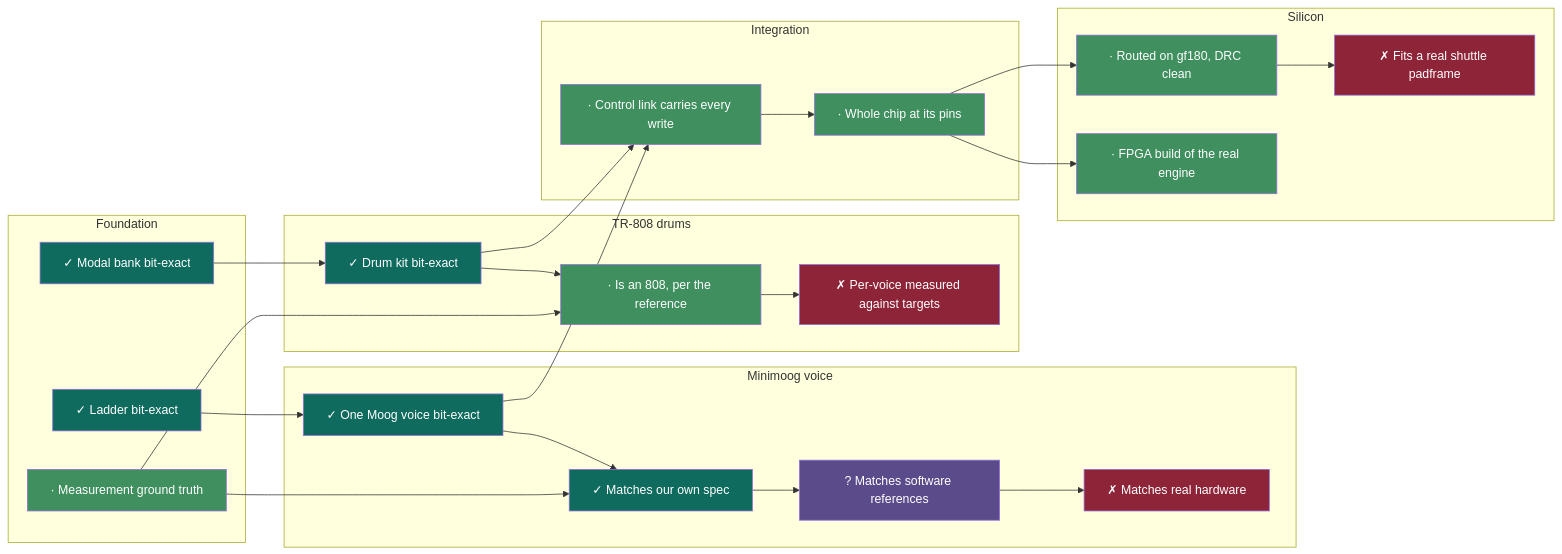
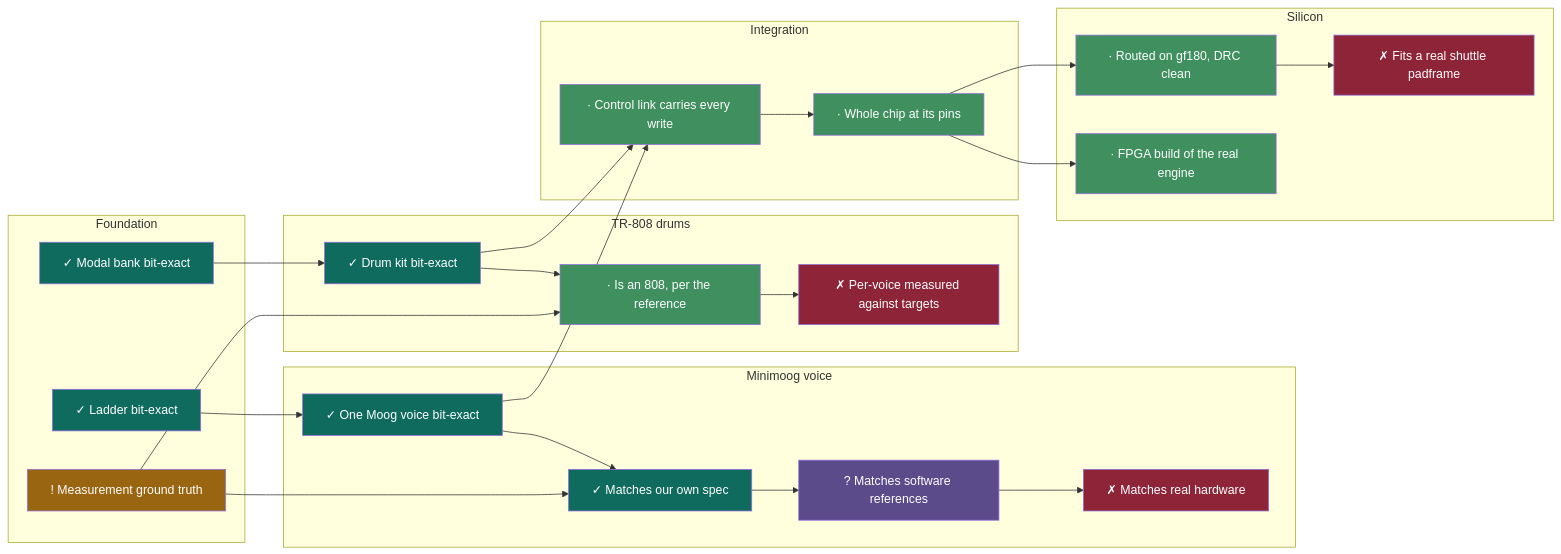
Before and after one commit to 2AMLogic/gf180-parasynth: the diagram in README.md, drawn with Mermaid. The commit also changed other lines of this file, not shown here.

Commit message:
docs: regenerate roadmap block (F3 STALE after audio_measure.py change)
Regenerated with tools/compile_dag.py; no hand edit. F3 reads STALE because
this PR edits model/audio_measure.py, which docs/dag.json lists in F3's covers.

````diff
--- a/README.md
+++ b/README.md
@@ -69,58 +69,58 @@
 ```mermaid
 graph LR
   subgraph foundation["Foundation"]
     F1["✓ Ladder bit-exact"]
     F2["✓ Modal bank bit-exact"]
-    F3["· Measurement ground truth"]
+    F3["! Measurement ground truth"]
   end
   subgraph minimoog["Minimoog voice"]
     M1["✓ One Moog voice bit-exact"]
     M2["✓ Matches our own spec"]
     M3["? Matches software references"]
     M4["✗ Matches real hardware"]
   end
   subgraph drums["TR-808 drums"]
     D1["✓ Drum kit bit-exact"]
     D2["· Is an 808, per the reference"]
     D3["✗ Per-voice measured against targets"]
   end
   subgraph integration["Integration"]
     I1["· Control link carries every write"]
     I2["· Whole chip at its pins"]
   end
   subgraph silicon["Silicon"]
     S1["· Routed on gf180, DRC clean"]
     S2["✗ Fits a real shuttle padframe"]
     S3["· FPGA build of the real engine"]
   end
   F1 --> M1
   M1 --> M2
   F3 --> M2
   M2 --> M3
   M3 --> M4
   F2 --> D1
   D1 --> D2
   F3 --> D2
   D2 --> D3
   M1 --> I1
   D1 --> I1
   I1 --> I2
   I2 --> S1
   S1 --> S2
   I2 --> S3
   style F1 fill:#0E6B5E,color:#fff
   style F2 fill:#0E6B5E,color:#fff
-  style F3 fill:#3f8f5f,color:#fff
+  style F3 fill:#9A6510,color:#fff
   style M1 fill:#0E6B5E,color:#fff
   style M2 fill:#0E6B5E,color:#fff
   style M3 fill:#5B4B8A,color:#fff
   style M4 fill:#8E2438,color:#fff
   style D1 fill:#0E6B5E,color:#fff
   style D2 fill:#3f8f5f,color:#fff
   style D3 fill:#8E2438,color:#fff
   style I1 fill:#3f8f5f,color:#fff
   style I2 fill:#3f8f5f,color:#fff
   style S1 fill:#3f8f5f,color:#fff
   style S2 fill:#8E2438,color:#fff
   style S3 fill:#3f8f5f,color:#fff
 ```
````
